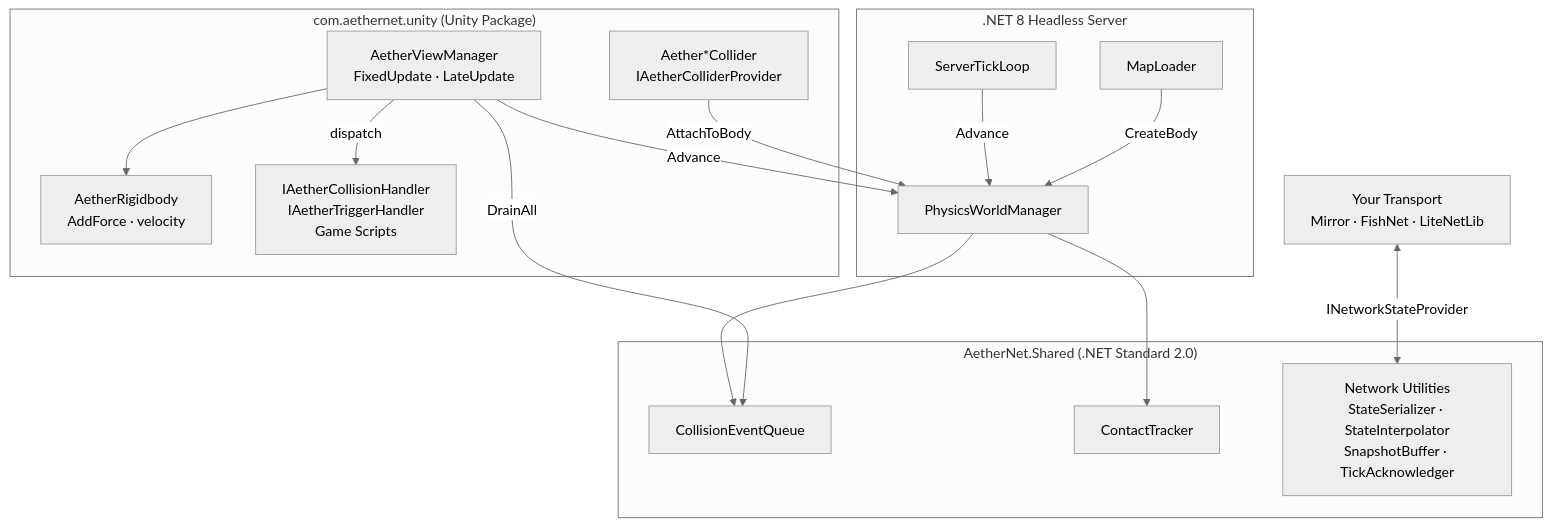
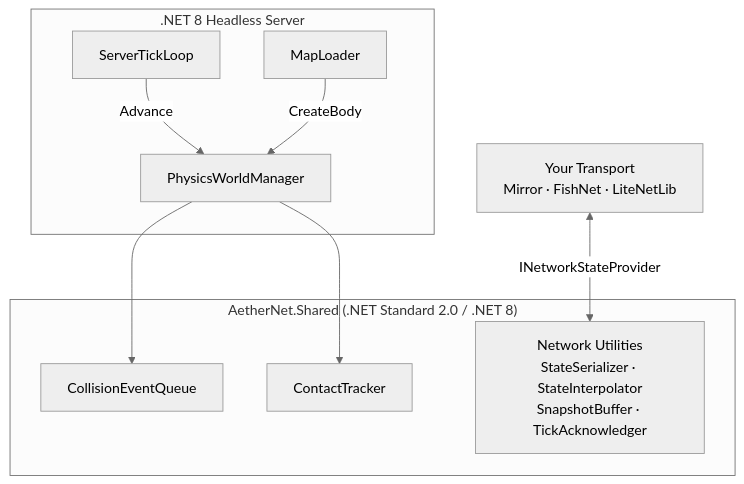
Before and after one commit to AdielMag/AetherNet: the diagram in README.md, drawn with Mermaid (neutral theme). The commit also changed other lines of this file, not shown here.

Commit message:
docs: remove UPM/Unity references from README

````diff
--- a/README.md
+++ b/README.md
@@ -42,29 +52,18 @@
 ```mermaid
 graph TD
     subgraph Server [".NET 8 Headless Server"]
         SL[ServerTickLoop] -->|Advance| PM
         ML[MapLoader] -->|CreateBody| PM
     end
 
-    subgraph Shared ["AetherNet.Shared (.NET Standard 2.0)"]
+    subgraph Shared ["AetherNet.Shared (.NET Standard 2.0 / .NET 8)"]
         PM[PhysicsWorldManager]
         CE[CollisionEventQueue]
         CT[ContactTracker]
         NS[Network Utilities\nStateSerializer · StateInterpolator\nSnapshotBuffer · TickAcknowledger]
         PM --> CE
         PM --> CT
     end
 
-    subgraph Unity ["com.aethernet.unity (Unity Package)"]
-        VM[AetherViewManager\nFixedUpdate · LateUpdate] -->|Advance| PM
-        VM -->|DrainAll| CE
-        RB[AetherRigidbody\nAddForce · velocity]
-        COL[Aether*Collider\nIAetherColliderProvider]
-        HANDLER[IAetherCollisionHandler\nIAetherTriggerHandler\nGame Scripts]
-        VM --> RB
-        VM -->|dispatch| HANDLER
-        COL -->|AttachToBody| PM
-    end
-
     Transport["Your Transport\nMirror · FishNet · LiteNetLib"] <-->|INetworkStateProvider| NS
 ```
````
